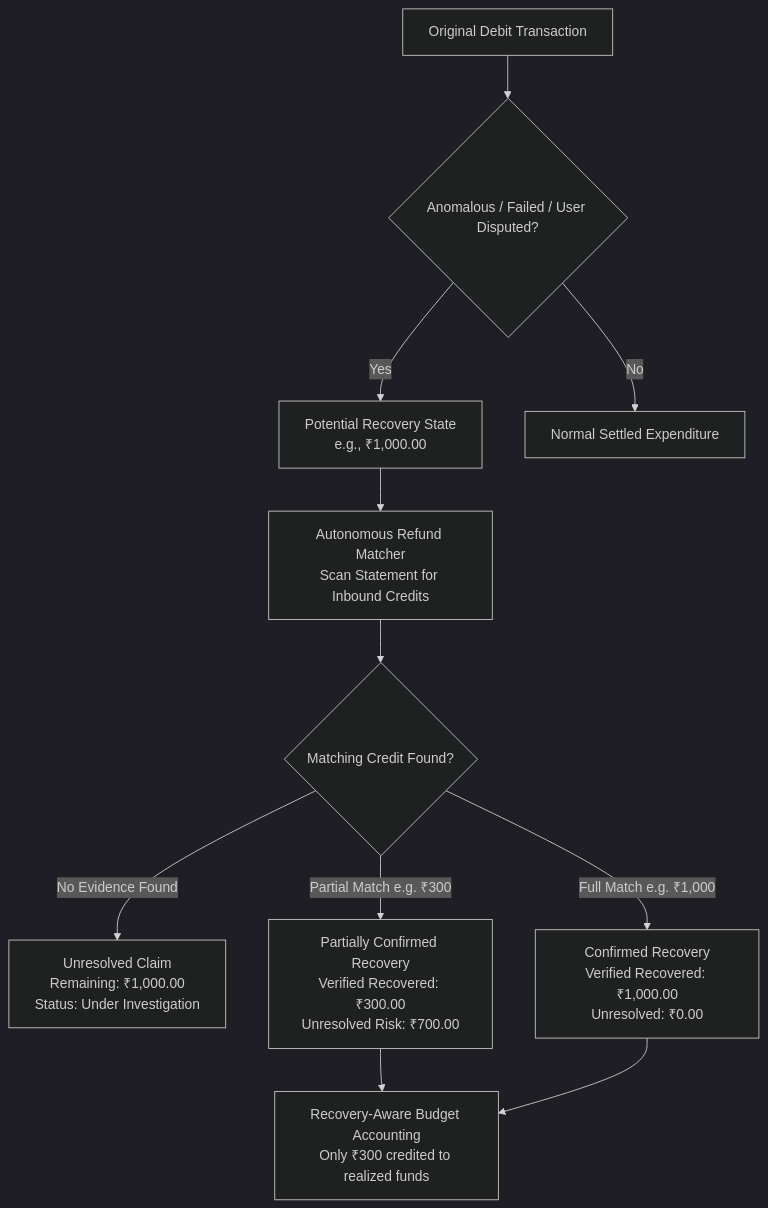
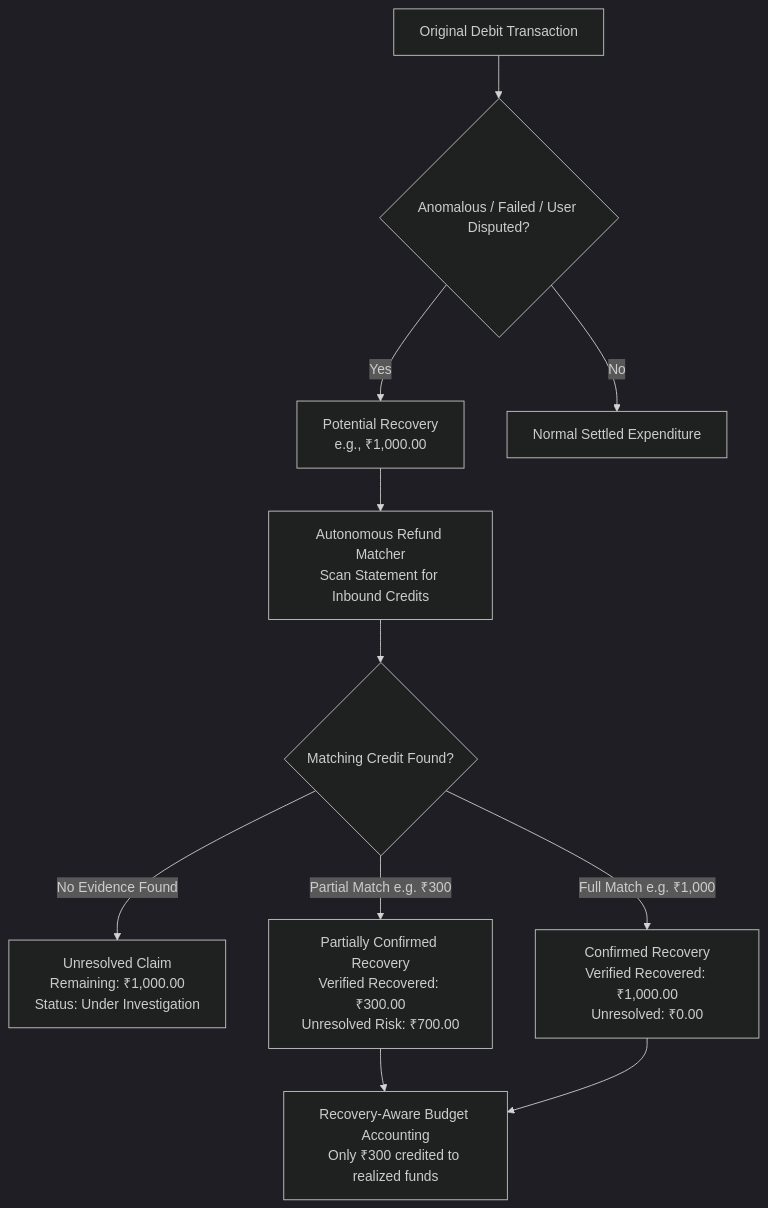
The second of 2 diagrams in README.md (unfav72/Agent-X-Spendwise-OODINARY), drawn with Mermaid (dark theme) before and after one commit. The commit also changed other lines of this file, not shown here.

Commit message:
docs: overhaul README with attractive GitHub presentation, badges, and architecture diagrams

````diff
--- a/README.md
+++ b/README.md
@@ -68,17 +110,17 @@
 ```mermaid
 flowchart TD
     Debit[Original Debit Transaction] --> Flag{Anomalous / Failed / User Disputed?}
-    Flag -- Yes --> PotRec[Potential Recovery State<br/>e.g., ₹1,000.00]
+    Flag -- Yes --> PotRec[Potential Recovery<br/>e.g., ₹1,000.00]
     Flag -- No --> NormalSpend[Normal Settled Expenditure]
     
     PotRec --> AuditSearch[Autonomous Refund Matcher<br/>Scan Statement for Inbound Credits]
     
     AuditSearch --> CreditFound{Matching Credit Found?}
     
     CreditFound -- No Evidence Found --> Unresolved[Unresolved Claim<br/>Remaining: ₹1,000.00<br/>Status: Under Investigation]
     CreditFound -- Partial Match e.g. ₹300 --> PartConfirmed[Partially Confirmed Recovery<br/>Verified Recovered: ₹300.00<br/>Unresolved Risk: ₹700.00]
     CreditFound -- Full Match e.g. ₹1,000 --> FullConfirmed[Confirmed Recovery<br/>Verified Recovered: ₹1,000.00<br/>Unresolved: ₹0.00]
 
     PartConfirmed --> BudgetAudit[Recovery-Aware Budget Accounting<br/>Only ₹300 credited to realized funds]
     FullConfirmed --> BudgetAudit
 ```
````
